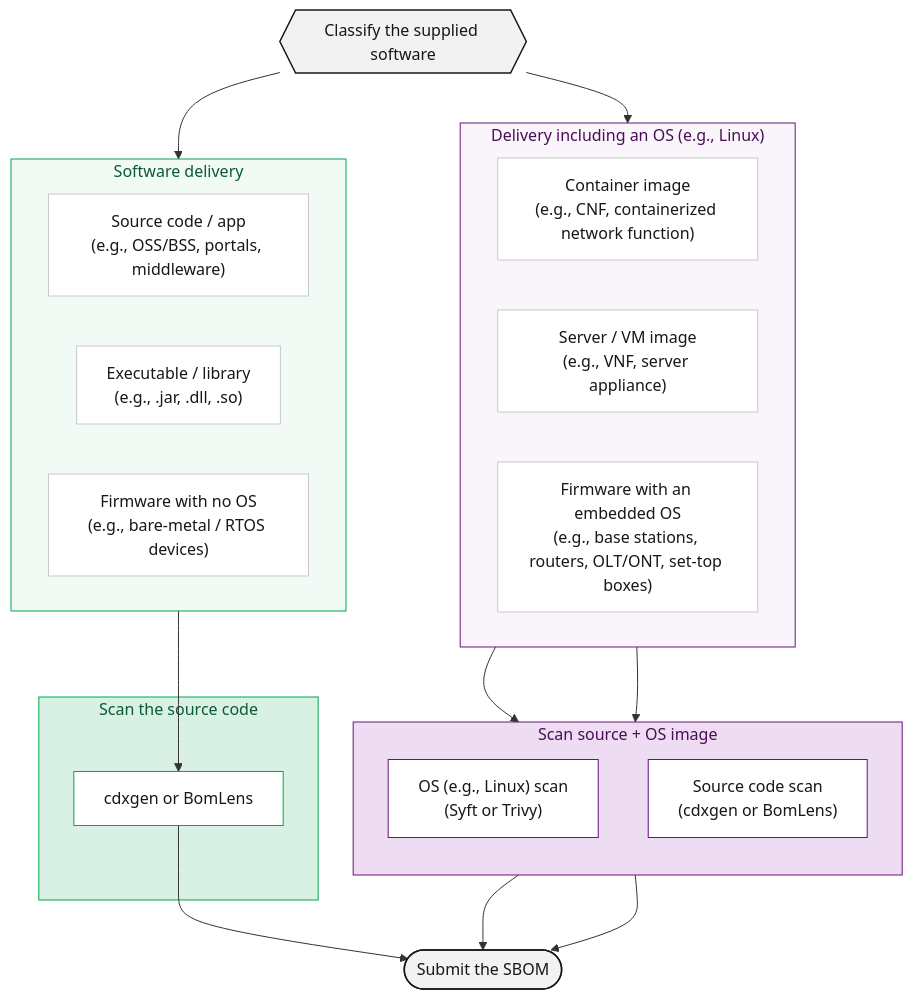
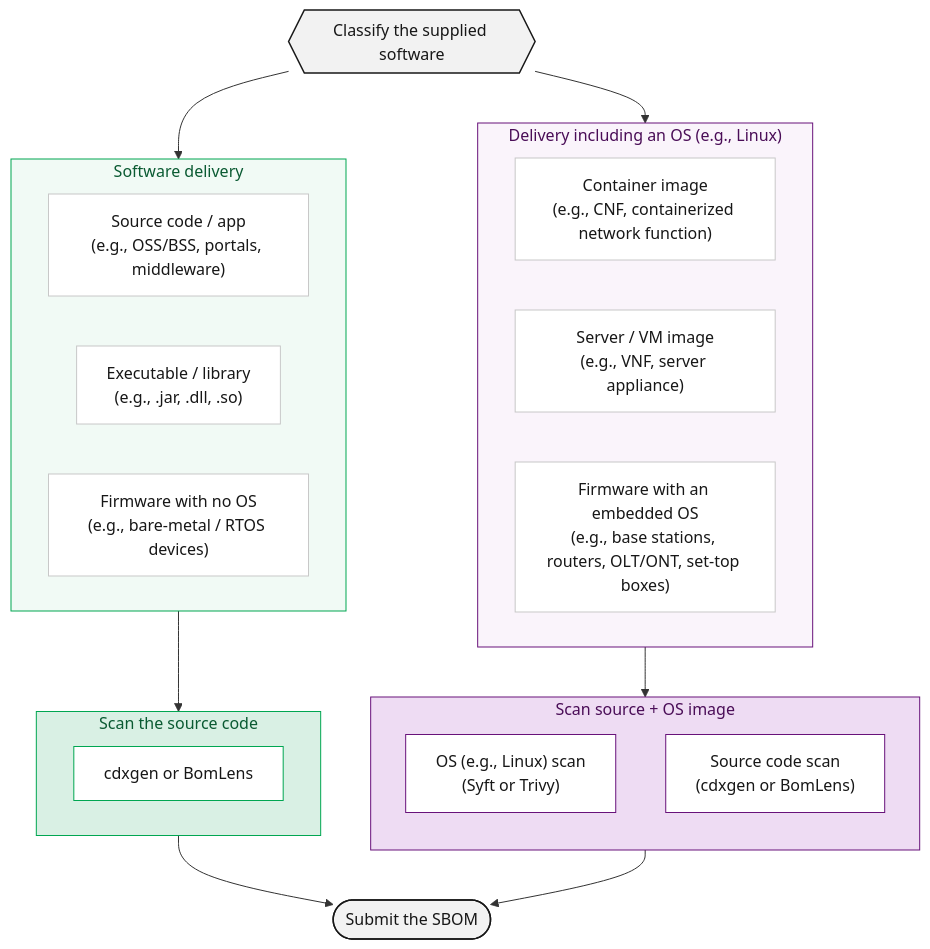
One commit to sktelecom/sktelecom.github.io changed the diagram in content/en/guide/supply-chain/for-suppliers/creation-guide/_index.md. Above: the diagram before and after it, drawn with Mermaid. The commit also changed other lines of this file and 1 other file, not shown here.

Commit message:
style(supply-chain): stop arrows at group borders and tighten the intro
- Connect edges to the subgraphs themselves so each scan group has one
  incoming and one outgoing arrow instead of piercing the inner boxes
- Align the text below the diagram with the box names and order
  (OS layer first, then the source/app layer)
- Merge the four-sentence source-scan intro into two sentences

````diff
--- a/content/en/guide/supply-chain/for-suppliers/creation-guide/_index.md
+++ b/content/en/guide/supply-chain/for-suppliers/creation-guide/_index.md
@@ -14,67 +14,63 @@
 ```mermaid
 graph TD
     A{{"Classify the supplied software"}}
 
     subgraph G1["Software delivery"]
       direction LR
       T1["Source code / app<br>(e.g., OSS/BSS, portals, middleware)"]
       T2["Executable / library<br>(e.g., .jar, .dll, .so)"]
       T3["Firmware with no OS<br>(e.g., bare-metal / RTOS devices)"]
     end
 
     subgraph G2["Delivery including an OS (e.g., Linux)"]
       direction LR
       T4["Container image<br>(e.g., CNF, containerized network function)"]
       T5["Server / VM image<br>(e.g., VNF, server appliance)"]
       T6["Firmware with an embedded OS<br>(e.g., base stations, routers, OLT/ONT, set-top boxes)"]
     end
 
     %% Left: source-code scan with an inner box
     subgraph M1["Scan the source code"]
       M1_Sub["cdxgen or BomLens"]
     end
 
     %% Right: source + OS image scan with inner boxes (stacked vertically)
     subgraph M2["Scan source + OS image"]
       direction TB
       M2_Top["OS (e.g., Linux) scan<br>(Syft or Trivy)"]
       M2_Bottom["Source code scan<br>(cdxgen or BomLens)"]
     end
 
     A --> G1
     A --> G2
     
-    %% Connect each group to its inner boxes
-    G1 --> M1_Sub
+    %% Connect only to the group borders (one arrow per box)
+    G1 --> M1
+    G2 --> M2
     
-    %% G2 feeds both inner boxes on the right
-    G2 --> M2_Top
-    G2 --> M2_Bottom
-    
-    %% Inner boxes flow to the next step
-    M1_Sub --> P(["Submit the SBOM"])
-    M2_Top --> P
-    M2_Bottom --> P
+    %% Groups flow to the next step
+    M1 --> P(["Submit the SBOM"])
+    M2 --> P
 
     classDef start fill:#F2F2F2,stroke:#171717,color:#171717,stroke-width:1.5px
     classDef typebox fill:#ffffff,stroke:#c8c8c8,color:#171717,stroke-width:1px
     classDef submit fill:#F2F2F2,stroke:#171717,color:#171717,stroke-width:1.5px
     
     %% White inner-box styles (left/right border colors)
     classDef subwhite_left fill:#ffffff,stroke:#00A651,color:#171717,stroke-width:1px
     classDef subwhite_right fill:#ffffff,stroke:#68127A,color:#171717,stroke-width:1px
 
     class A start
     class T1,T2,T3,T4,T5,T6 typebox
     class M1_Sub subwhite_left
     class M2_Top,M2_Bottom subwhite_right
     class P submit
 
     style G1 fill:#F1FAF5,stroke:#00A651,stroke-width:1px,color:#0A5A32
     style G2 fill:#FAF4FB,stroke:#68127A,stroke-width:1px,color:#4A0D57
     
     %% Outer group boxes keep their fill and border colors
     style M1 fill:#D9F0E4,stroke:#00A651,stroke-width:1px,color:#0A5A32
     style M2 fill:#EEDCF3,stroke:#68127A,stroke-width:1px,color:#4A0D57
 
 ```
````
